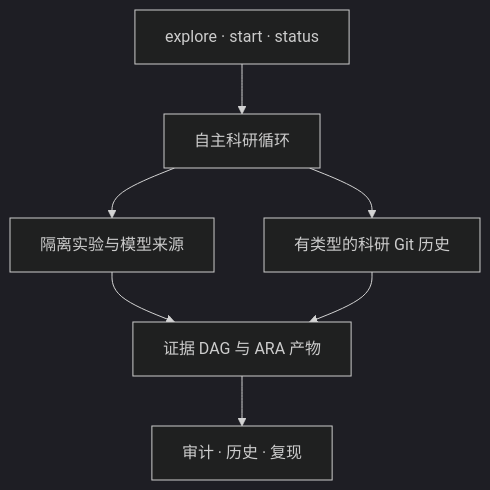
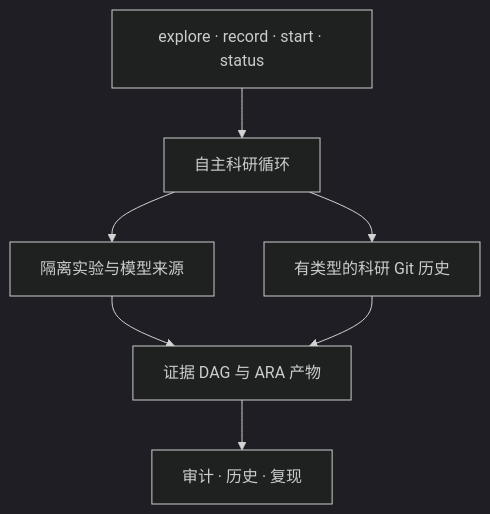
The diagram in docs/README.zh.md (smileformylove/XScientist), drawn with Mermaid (dark theme) before and after one commit. The commit also changed other lines of this file and 41 other files, not shown here.

````diff
--- a/docs/README.zh.md
+++ b/docs/README.zh.md
@@ -1135,9 +1175,9 @@
 ```mermaid
 flowchart TB
-  U["explore · start · status"] --> O["自主科研循环"]
+  U["explore · record · start · status"] --> O["自主科研循环"]
   O --> E["隔离实验与模型来源"]
   O --> R["有类型的科研 Git 历史"]
   E --> D["证据 DAG 与 ARA 产物"]
   R --> D
   D --> A["审计 · 历史 · 复现"]
 ```
````
